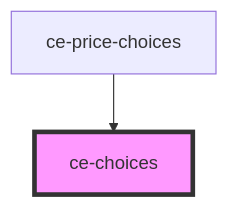
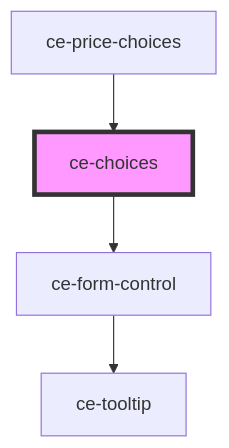
The diagram in packages/components/src/components/ui/choices/readme.md (surecart/surecart-wp-plugin), drawn with Mermaid before and after one commit. The commit also changed other lines of this file and 150 other files, not shown here.

````diff
--- a/packages/components/src/components/ui/choices/readme.md
+++ b/packages/components/src/components/ui/choices/readme.md
@@ -33,5 +41,7 @@
 ```mermaid
 graph TD;
+  ce-choices --> ce-form-control
+  ce-form-control --> ce-tooltip
   ce-price-choices --> ce-choices
   style ce-choices fill:#f9f,stroke:#333,stroke-width:4px
 ```
````
